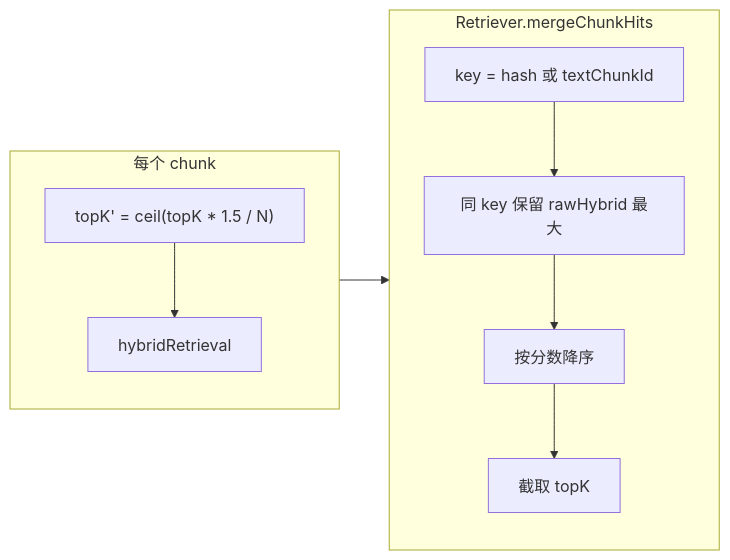
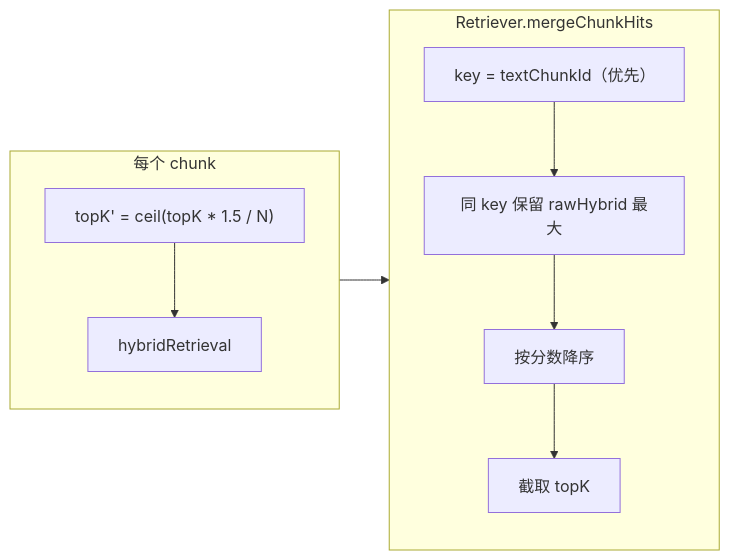
The third of 4 diagrams in 平台/RAG机制/检索/融合检索.md (j2agent-ai/j2agent-docs), drawn with Mermaid before and after one commit. The commit also changed other lines of this file and 4 other files, not shown here.

````diff
--- a/平台/RAG机制/检索/融合检索.md
+++ b/平台/RAG机制/检索/融合检索.md
@@ -91,16 +91,16 @@
 ```mermaid
 flowchart LR
     subgraph perChunk [每个 chunk]
         T1["topK' = ceil(topK * 1.5 / N)"]
         HY[hybridRetrieval]
         T1 --> HY
     end
     subgraph fusion [Retriever.mergeChunkHits]
-        DEDUPE["key = hash 或 textChunkId"]
+        DEDUPE["key = textChunkId（优先）"]
         MAX["同 key 保留 rawHybrid 最大"]
         SORT[按分数降序]
         CUT[截取 topK]
         DEDUPE --> MAX --> SORT --> CUT
     end
     perChunk --> fusion
 ```
````
